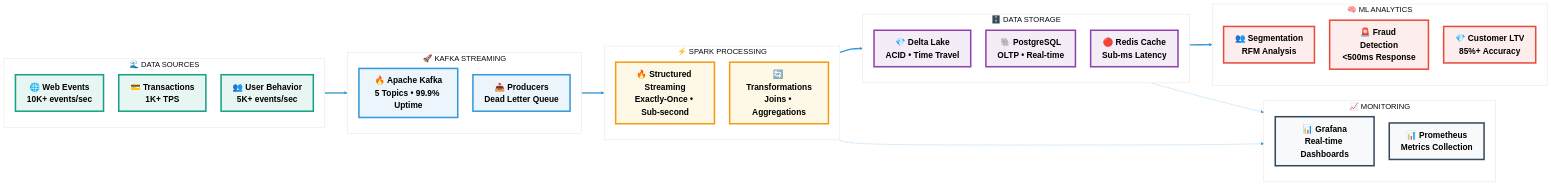
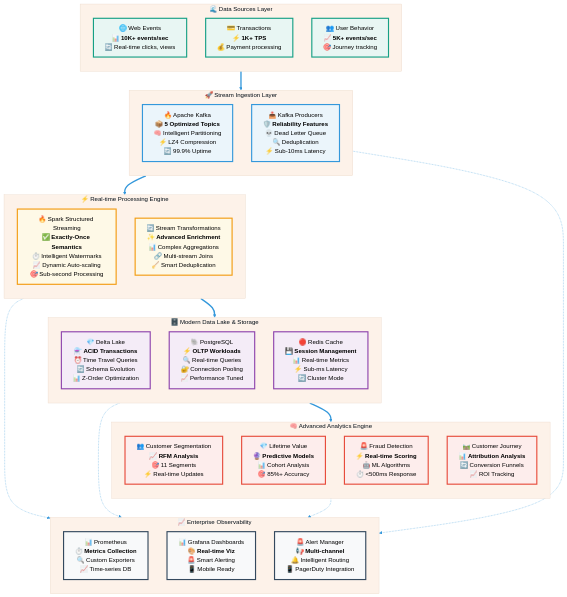
The diagram in README.md (joaoblasques/e-commerce-analytics-platform), drawn with Mermaid before and after one commit.

Commit message:
revert: restore detailed architecture diagram with comprehensive technical information
- Rolled back to vertical (TB) layout with full technical details
- Restored all comprehensive component descriptions (4-5 lines each)
- Added back all performance metrics and technical specifications
- Included complete monitoring stack (Prometheus, Grafana, Alert Manager)
- Restored detailed capability descriptions for each layer
- Enhanced technical depth with specific features and metrics
- Professional styling with distinct layer colors maintained
- Complete observability connections from all components

This version provides maximum technical information and professional presentation
for stakeholders who want comprehensive architecture understanding.

🤖 Generated with [Claude Code](https://claude.ai/code)

````diff
--- a/README.md
+++ b/README.md
@@ -102,77 +102,81 @@
     'lineColor': '#3498DB',
     'backgroundColor': '#F8F9FA',
     'secondaryColor': '#E8F8F5',
-    'tertiaryColor': '#FDF2E9',
-    'nodeBorder': '#000000',
-    'clusterBkg': '#ffffff',
-    'fontSize': '20px'
-  },
-  'flowchart': {
-    'nodeSpacing': 40,
-    'rankSpacing': 60,
-    'fontSize': '20px'
+    'tertiaryColor': '#FDF2E9'
   }
 }}%%
-flowchart LR
+flowchart TB
     %% Data Sources
-    subgraph Sources["🌊 DATA SOURCES"]
-        WEB["🌐 Web Events<br/><b>10K+ events/sec</b>"]
-        TXN["💳 Transactions<br/><b>1K+ TPS</b>"]
-        USER["👥 User Behavior<br/><b>5K+ events/sec</b>"]
+    subgraph Sources["🌊 Data Sources Layer"]
+        direction TB
+        WEB["🌐 Web Events<br/>📊 <b>10K+ events/sec</b><br/>🔄 Real-time clicks, views"]
+        TXN["💳 Transactions<br/>⚡ <b>1K+ TPS</b><br/>💰 Payment processing"]
+        USER["👥 User Behavior<br/>📈 <b>5K+ events/sec</b><br/>🎯 Journey tracking"]
     end
 
     %% Stream Ingestion
-    subgraph Ingestion["🚀 KAFKA STREAMING"]
-        KAFKA["🔥 Apache Kafka<br/><b>5 Topics • 99.9% Uptime</b>"]
-        PRODUCERS["📤 Producers<br/><b>Dead Letter Queue</b>"]
+    subgraph Ingestion["🚀 Stream Ingestion Layer"]
+        direction TB
+        KAFKA["🔥 Apache Kafka<br/>📦 <b>5 Optimized Topics</b><br/>🧠 Intelligent Partitioning<br/>⚡ LZ4 Compression<br/>🔄 99.9% Uptime"]
+        PRODUCERS["📤 Kafka Producers<br/>🛡️ <b>Reliability Features</b><br/>💀 Dead Letter Queue<br/>🔍 Deduplication<br/>⚡ Sub-10ms Latency"]
     end
 
-    %% Processing
-    subgraph Processing["⚡ SPARK PROCESSING"]
-        SPARK["🔥 Structured Streaming<br/><b>Exactly-Once • Sub-second</b>"]
-        TRANSFORMS["🔄 Transformations<br/><b>Joins • Aggregations</b>"]
+    %% Real-time Processing
+    subgraph Processing["⚡ Real-time Processing Engine"]
+        direction TB
+        SPARK["🔥 Spark Structured Streaming<br/>✅ <b>Exactly-Once Semantics</b><br/>⏱️ Intelligent Watermarks<br/>📈 Dynamic Auto-scaling<br/>🎯 Sub-second Processing"]
+        TRANSFORMS["🔄 Stream Transformations<br/>✨ <b>Advanced Enrichment</b><br/>📊 Complex Aggregations<br/>🔗 Multi-stream Joins<br/>🧹 Smart Deduplication"]
     end
 
-    %% Storage
-    subgraph Storage["🗄️ DATA STORAGE"]
-        DELTA["💎 Delta Lake<br/><b>ACID • Time Travel</b>"]
-        POSTGRES["🐘 PostgreSQL<br/><b>OLTP • Real-time</b>"]
-        REDIS["🔴 Redis Cache<br/><b>Sub-ms Latency</b>"]
+    %% Storage Layer
+    subgraph Storage["🗄️ Modern Data Lake & Storage"]
+        direction TB
+        DELTA["💎 Delta Lake<br/>⚗️ <b>ACID Transactions</b><br/>⏰ Time Travel Queries<br/>🔄 Schema Evolution<br/>📊 Z-Order Optimization"]
+        POSTGRES["🐘 PostgreSQL<br/>⚡ <b>OLTP Workloads</b><br/>🔍 Real-time Queries<br/>🔐 Connection Pooling<br/>📈 Performance Tuned"]
+        REDIS["🔴 Redis Cache<br/>💾 <b>Session Management</b><br/>📊 Real-time Metrics<br/>⚡ Sub-ms Latency<br/>🔄 Cluster Mode"]
     end
 
-    %% Analytics
-    subgraph Analytics["🧠 ML ANALYTICS"]
-        RFM["👥 Segmentation<br/><b>RFM Analysis</b>"]
-        FRAUD["🚨 Fraud Detection<br/><b>&lt;500ms Response</b>"]
-        CLV["💎 Customer LTV<br/><b>85%+ Accuracy</b>"]
+    %% Analytics Engine
+    subgraph Analytics["🧠 Advanced Analytics Engine"]
+        direction TB
+        RFM["👥 Customer Segmentation<br/>📈 <b>RFM Analysis</b><br/>🎯 11 Segments<br/>⚡ Real-time Updates"]
+        CLV["💎 Lifetime Value<br/>🔮 <b>Predictive Models</b><br/>📊 Cohort Analysis<br/>🎯 85%+ Accuracy"]
+        FRAUD["🚨 Fraud Detection<br/>⚡ <b>Real-time Scoring</b><br/>🤖 ML Algorithms<br/>⏱️ <500ms Response"]
+        JOURNEY["🛤️ Customer Journey<br/>📊 <b>Attribution Analysis</b><br/>🔄 Conversion Funnels<br/>📈 ROI Tracking"]
     end
 
-    %% Monitoring
-    subgraph Monitoring["📈 MONITORING"]
-        GRAFANA["📊 Grafana<br/><b>Real-time Dashboards</b>"]
-        PROMETHEUS["📊 Prometheus<br/><b>Metrics Collection</b>"]
+    %% Monitoring & Observability
+    subgraph Monitoring["📈 Enterprise Observability"]
+        direction TB
+        PROMETHEUS["📊 Prometheus<br/>⏱️ <b>Metrics Collection</b><br/>🔍 Custom Exporters<br/>📈 Time-series DB"]
+        GRAFANA["📊 Grafana Dashboards<br/>🎨 <b>Real-time Viz</b><br/>🚨 Smart Alerting<br/>📱 Mobile Ready"]
+        ALERTS["🚨 Alert Manager<br/>📢 <b>Multi-channel</b><br/>🔔 Intelligent Routing<br/>📱 PagerDuty Integration"]
     end
 
-    %% Flow
+    %% Enhanced Flow Connections
     Sources ==> Ingestion
     Ingestion ==> Processing
     Processing ==> Storage
     Storage ==> Analytics
+
+    %% Monitoring Connections
     Processing -.-> Monitoring
     Storage -.-> Monitoring
+    Analytics -.-> Monitoring
+    Ingestion -.-> Monitoring
 
-    %% Styling with larger fonts
-    classDef sourceStyle fill:#E8F6F3,stroke:#16A085,stroke-width:4px,color:#000,font-size:22px,font-weight:bold
-    classDef ingestionStyle fill:#EBF5FB,stroke:#3498DB,stroke-width:4px,color:#000,font-size:22px,font-weight:bold
-    classDef processStyle fill:#FEF9E7,stroke:#F39C12,stroke-width:4px,color:#000,font-size:22px,font-weight:bold
-    classDef storageStyle fill:#F4ECF7,stroke:#8E44AD,stroke-width:4px,color:#000,font-size:22px,font-weight:bold
-    classDef analyticsStyle fill:#FDEDEC,stroke:#E74C3C,stroke-width:4px,color:#000,font-size:22px,font-weight:bold
-    classDef monitorStyle fill:#F8F9FA,stroke:#34495E,stroke-width:4px,color:#000,font-size:22px,font-weight:bold
+    %% Styling
+    classDef sourceStyle fill:#E8F6F3,stroke:#16A085,stroke-width:3px,color:#000
+    classDef ingestionStyle fill:#EBF5FB,stroke:#3498DB,stroke-width:3px,color:#000
+    classDef processStyle fill:#FEF9E7,stroke:#F39C12,stroke-width:3px,color:#000
+    classDef storageStyle fill:#F4ECF7,stroke:#8E44AD,stroke-width:3px,color:#000
+    classDef analyticsStyle fill:#FDEDEC,stroke:#E74C3C,stroke-width:3px,color:#000
+    classDef monitorStyle fill:#F8F9FA,stroke:#34495E,stroke-width:3px,color:#000
 
     class WEB,TXN,USER sourceStyle
     class KAFKA,PRODUCERS ingestionStyle
     class SPARK,TRANSFORMS processStyle
     class DELTA,POSTGRES,REDIS storageStyle
-    class RFM,FRAUD,CLV analyticsStyle
-    class GRAFANA,PROMETHEUS monitorStyle
+    class RFM,CLV,FRAUD,JOURNEY analyticsStyle
+    class PROMETHEUS,GRAFANA,ALERTS monitorStyle
 ```
````
